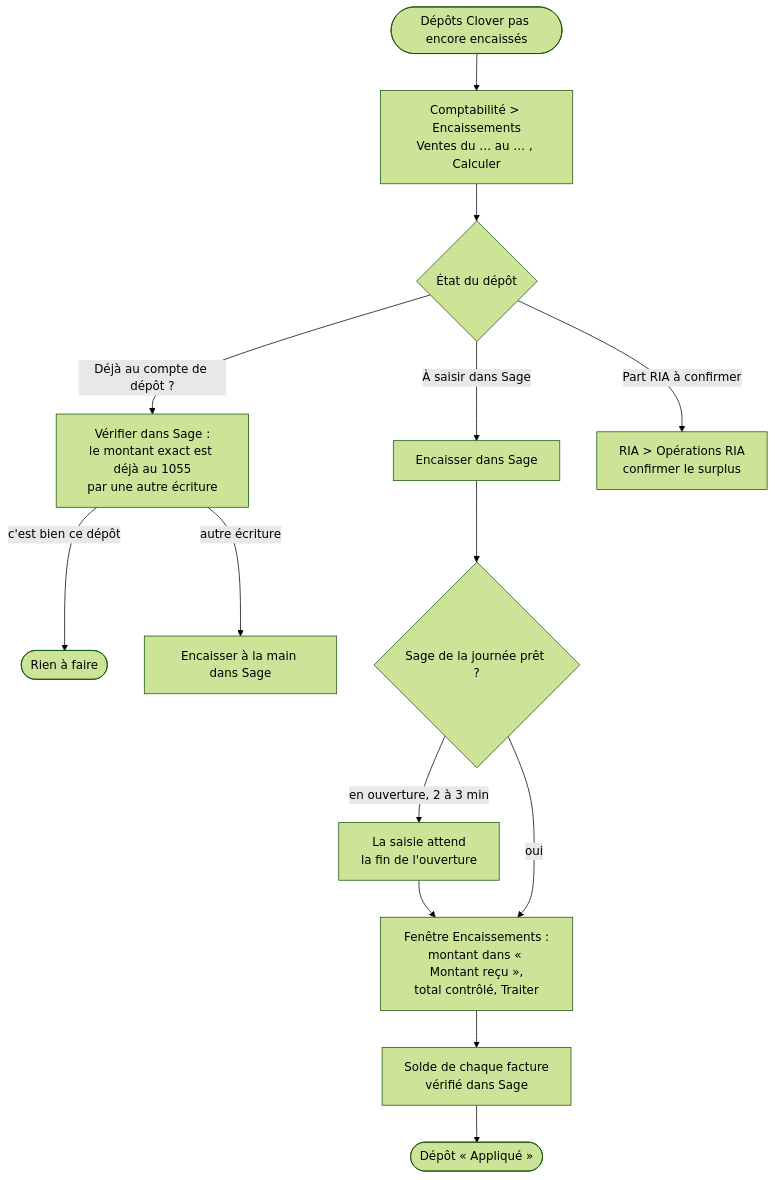
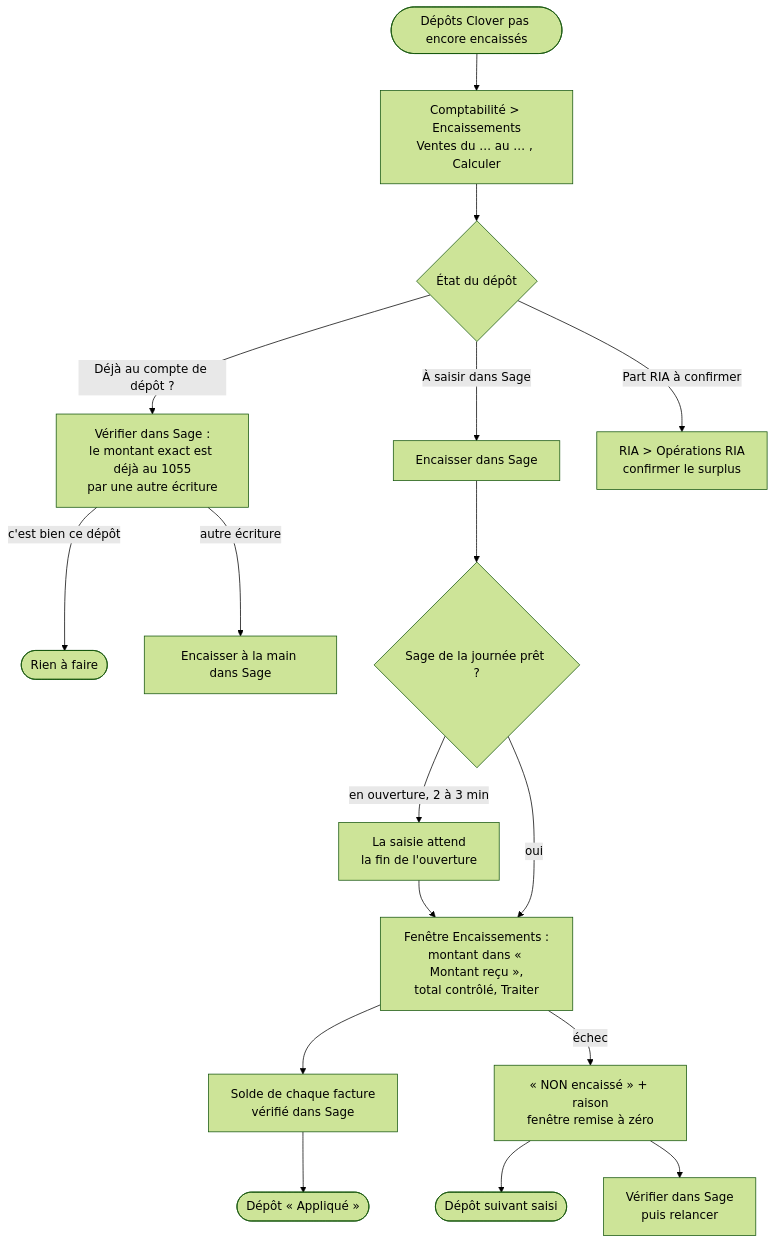
Before and after one commit to mteingueng-dot/MVOGMBI_Sync_2026.1: diagram 19 of 29 in documentation/WORKFLOWS.md, drawn with Mermaid (forest theme). The commit also changed other lines of this file and 24 other files, not shown here.

````diff
--- a/documentation/WORKFLOWS.md
+++ b/documentation/WORKFLOWS.md
@@ -305,15 +305,18 @@
 ```mermaid
 flowchart TD
     A([Dépôts Clover pas encore encaissés]) --> B["Comptabilité > Encaissements<br/>Ventes du … au … , Calculer"]
     B --> C{État du dépôt}
     C -->|À saisir dans Sage| D["Encaisser dans Sage"]
     C -->|Déjà au compte de dépôt ?| E["Vérifier dans Sage :<br/>le montant exact est déjà au 1055<br/>par une autre écriture"]
     E -->|c'est bien ce dépôt| F([Rien à faire])
     E -->|autre écriture| G["Encaisser à la main dans Sage"]
     C -->|Part RIA à confirmer| H["RIA > Opérations RIA<br/>confirmer le surplus"]
     D --> I{"Sage de la journée prêt ?"}
     I -->|en ouverture, 2 à 3 min| J["La saisie attend<br/>la fin de l'ouverture"] --> K
     I -->|oui| K["Fenêtre Encaissements :<br/>montant dans « Montant reçu »,<br/>total contrôlé, Traiter"]
     K --> L["Solde de chaque facture<br/>vérifié dans Sage"]
     L --> M([Dépôt « Appliqué »])
+    K -->|échec| N["« NON encaissé » + raison<br/>fenêtre remise à zéro"]
+    N --> O([Dépôt suivant saisi])
+    N --> P["Vérifier dans Sage<br/>puis relancer"]
 ```
````
